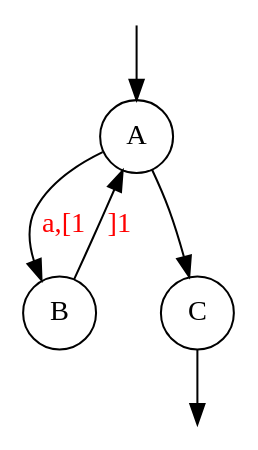
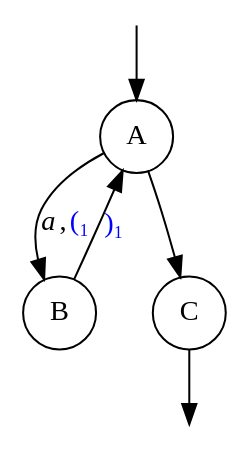
The diagram in text/graphs/example_neutral.dot (0Marble/lgraphs), drawn with Graphviz before and after one commit. The commit also changed 36 other files, not shown here.

```diff
--- a/text/graphs/example_neutral.dot
+++ b/text/graphs/example_neutral.dot
@@ -1,10 +1,10 @@
 digraph {
     node [shape=circle]
     Q0 [style=invisible, height=0, width=0, fixedsize=true];
     Q1 [style=invisible, height=0, width=0, fixedsize=true];
-    Q0 -> A
-    A -> B [label="a,[1", fontcolor=red];
-    B -> A [label="]1", fontcolor=red];
+    Q0 -> A;
+    A -> B [label=<<i>a</i>,<FONT COLOR="blue">(₁</FONT>> ];
+    B -> A [label=<<FONT COLOR="blue">)₁</FONT>> ];
     A -> C;
     C -> Q1;
 }
```
